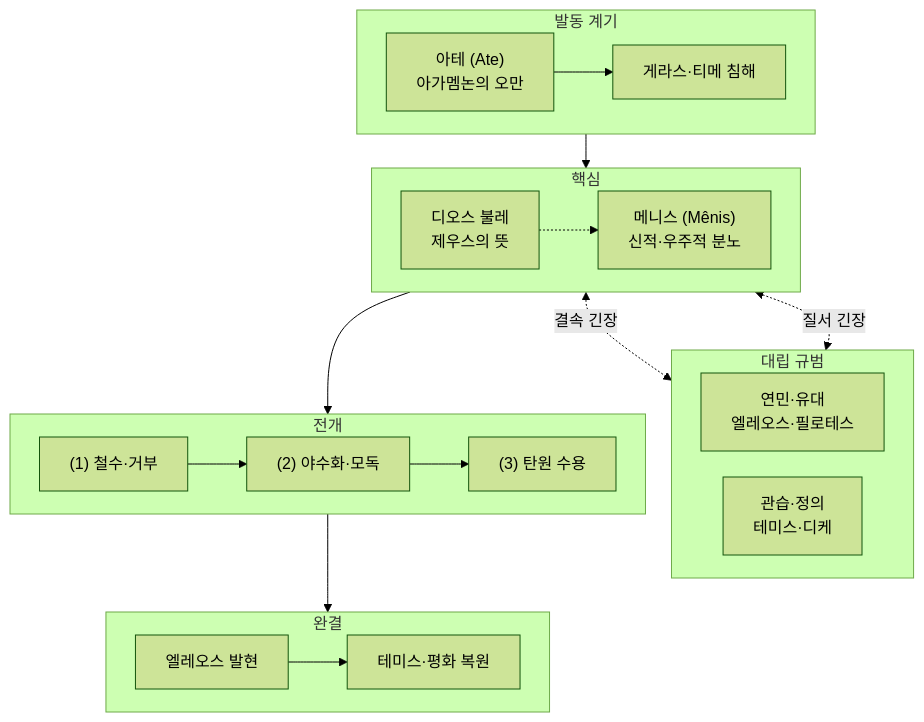
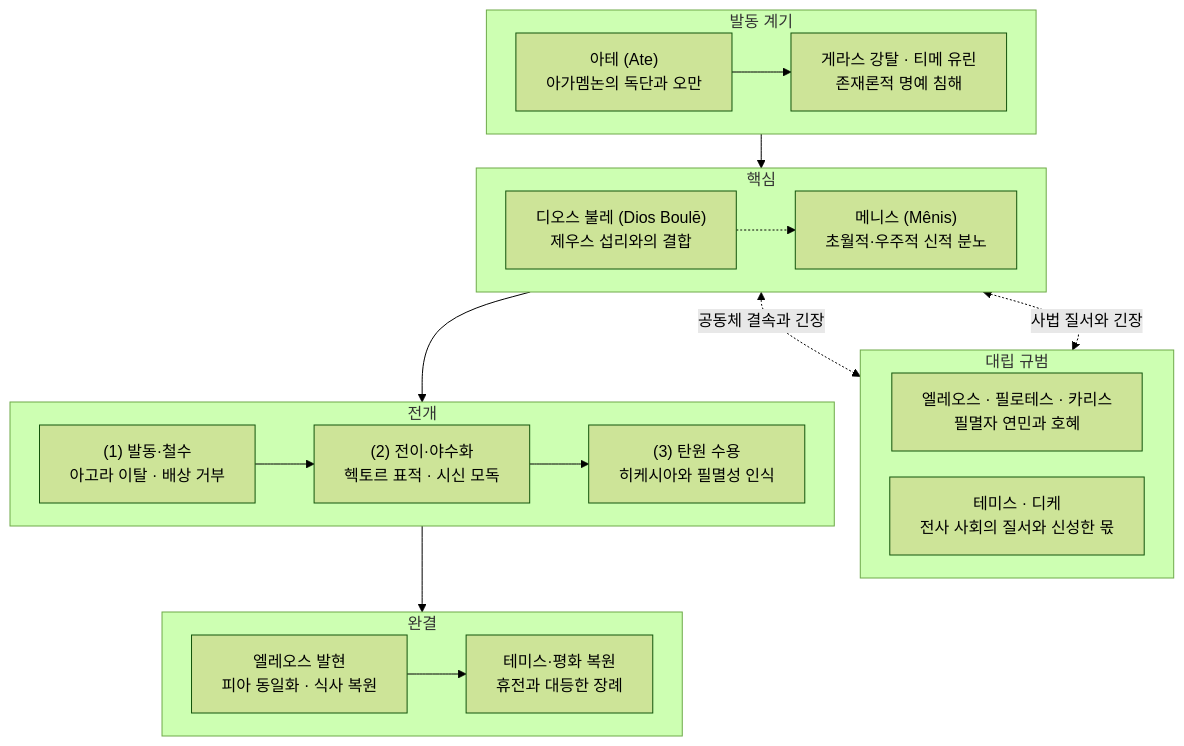
The diagram in wiki/concepts/concept-menis.md (YgHnSIM/Homer_wiki), drawn with Mermaid (forest theme) before and after one commit. The commit also changed 1 other file, not shown here.

Commit message:
fix(concepts): concept-menis Mermaid 노드 문구 정보량 복원

````diff
--- a/wiki/concepts/concept-menis.md
+++ b/wiki/concepts/concept-menis.md
@@ -151,37 +151,37 @@
 ```mermaid
 %%{init: {'flowchart': {'useMaxWidth': true, 'nodeSpacing': 26, 'rankSpacing': 34}}}%%
 flowchart TD
     subgraph Trigger ["발동 계기"]
         direction LR
-        Ate["아테 (Ate)<br/>아가멤논의 오만"] --> Wound["게라스·티메 침해"]:::crisis
+        Ate["아테 (Ate)<br/>아가멤논의 독단과 오만"] --> Wound["게라스 강탈 · 티메 유린<br/>존재론적 명예 침해"]:::crisis
     end
 
     subgraph Core ["핵심"]
         direction LR
-        Zeus["디오스 불레<br/>제우스의 뜻"]
-        Menis["메니스 (Mênis)<br/>신적·우주적 분노"]:::focus
+        Zeus["디오스 불레 (Dios Boulē)<br/>제우스 섭리와의 결합"]
+        Menis["메니스 (Mênis)<br/>초월적·우주적 신적 분노"]:::focus
         Zeus -.-> Menis
     end
 
     subgraph Polarity ["대립 규범"]
         direction LR
-        Bond["연민·유대<br/>엘레오스·필로테스"]:::resolve
-        Law["관습·정의<br/>테미스·디케"]
+        Bond["엘레오스 · 필로테스 · 카리스<br/>필멸자 연민과 호혜"]:::resolve
+        Law["테미스 · 디케<br/>전사 사회의 질서와 신성한 몫"]
     end
 
     subgraph Arc ["전개"]
         direction LR
-        S1["(1) 철수·거부"] --> S2["(2) 야수화·모독"]:::crisis --> S3["(3) 탄원 수용"]
+        S1["(1) 발동·철수<br/>아고라 이탈 · 배상 거부"] --> S2["(2) 전이·야수화<br/>헥토르 표적 · 시신 모독"]:::crisis --> S3["(3) 탄원 수용<br/>히케시아와 필멸성 인식"]
     end
 
     subgraph End ["완결"]
         direction LR
-        Eleos["엘레오스 발현"]:::resolve --> Peace["테미스·평화 복원"]:::resolve
+        Eleos["엘레오스 발현<br/>피아 동일화 · 식사 복원"]:::resolve --> Peace["테미스·평화 복원<br/>휴전과 대등한 장례"]:::resolve
     end
 
     Wound --> Menis
-    Menis <-.->|"결속 긴장"| Bond
-    Menis <-.->|"질서 긴장"| Law
+    Menis <-.->|"공동체 결속과 긴장"| Bond
+    Menis <-.->|"사법 질서와 긴장"| Law
     Menis --> S1
     S3 --> Eleos
 ```
````
